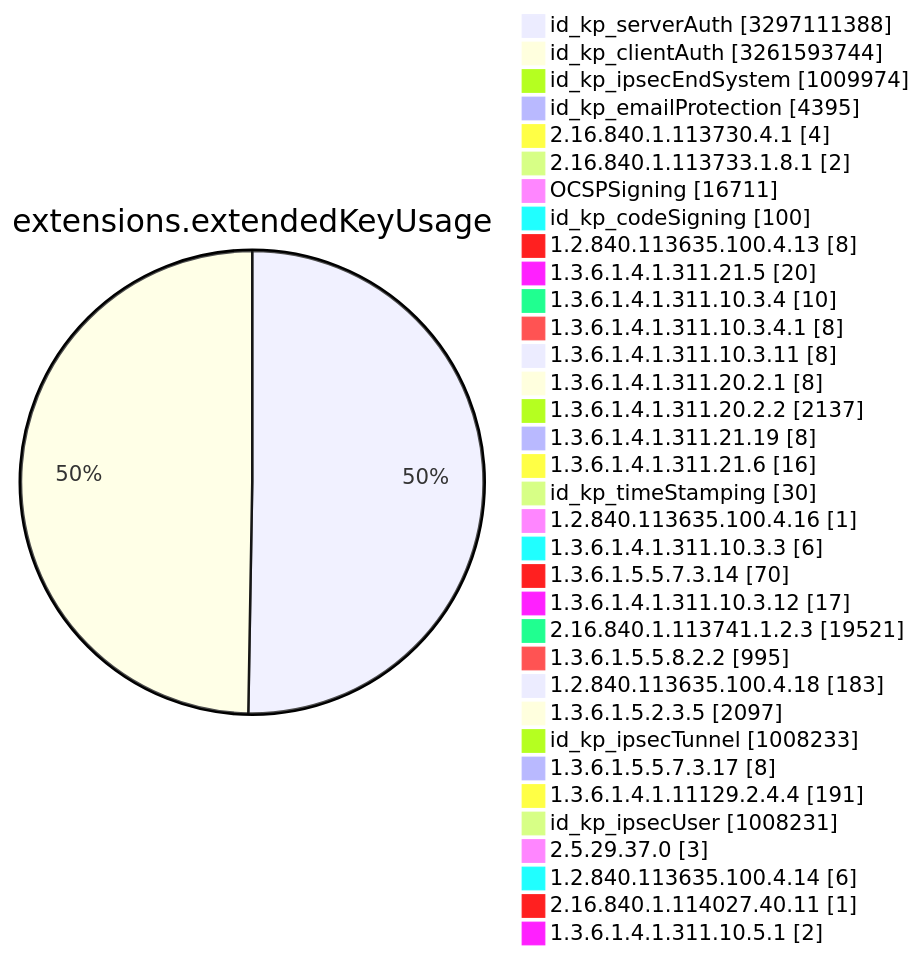
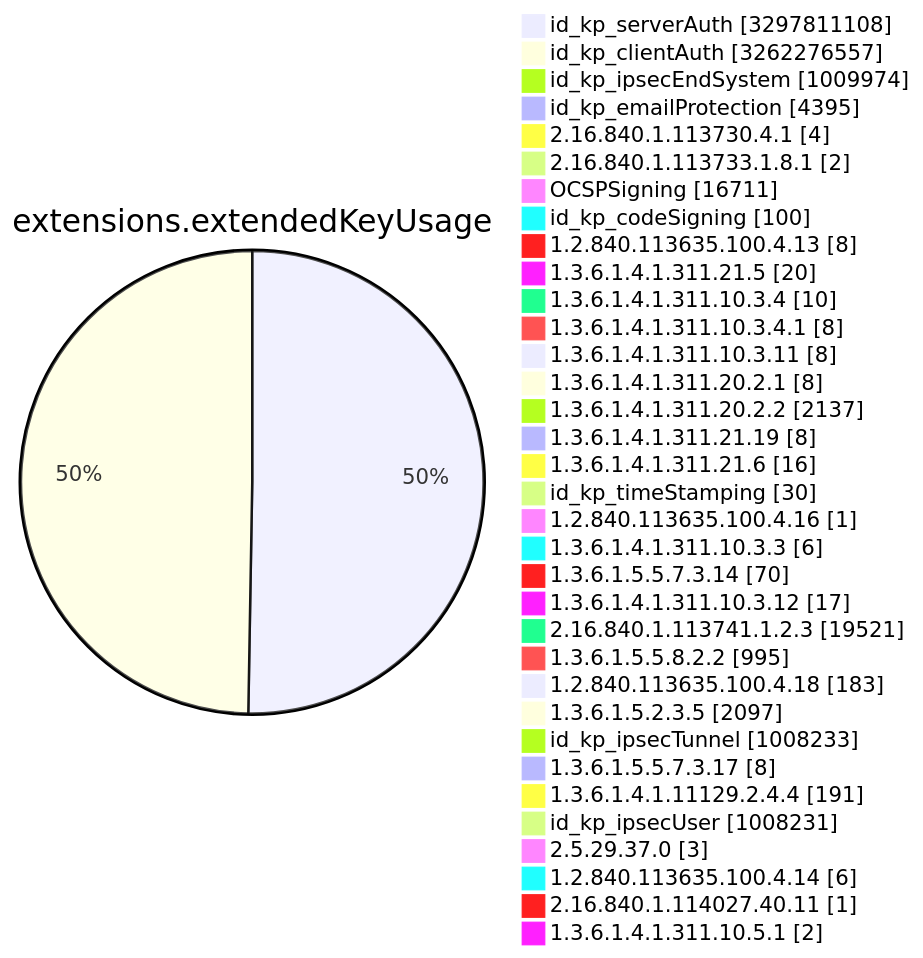
Before and after one commit to christiankrug/ctmonitor_visualization: diagram 11 of 15 in TOTAL/README.md, drawn with Mermaid. The commit also changed other lines of this file, not shown here.

````diff
--- a/TOTAL/README.md
+++ b/TOTAL/README.md
@@ -4120,38 +4120,38 @@
 ```mermaid
 pie showData
 title extensions.extendedKeyUsage
-"id_kp_serverAuth" :3297111388
-"id_kp_clientAuth" :3261593744
+"id_kp_serverAuth" :3297811108
+"id_kp_clientAuth" :3262276557
 "id_kp_ipsecEndSystem" :1009974
 "id_kp_emailProtection" :4395
 "2.16.840.1.113730.4.1" :4
 "2.16.840.1.113733.1.8.1" :2
 "OCSPSigning" :16711
 "id_kp_codeSigning" :100
 "1.2.840.113635.100.4.13" :8
 "1.3.6.1.4.1.311.21.5" :20
 "1.3.6.1.4.1.311.10.3.4" :10
 "1.3.6.1.4.1.311.10.3.4.1" :8
 "1.3.6.1.4.1.311.10.3.11" :8
 "1.3.6.1.4.1.311.20.2.1" :8
 "1.3.6.1.4.1.311.20.2.2" :2137
 "1.3.6.1.4.1.311.21.19" :8
 "1.3.6.1.4.1.311.21.6" :16
 "id_kp_timeStamping" :30
 "1.2.840.113635.100.4.16" :1
 "1.3.6.1.4.1.311.10.3.3" :6
 "1.3.6.1.5.5.7.3.14" :70
 "1.3.6.1.4.1.311.10.3.12" :17
 "2.16.840.1.113741.1.2.3" :19521
 "1.3.6.1.5.5.8.2.2" :995
 "1.2.840.113635.100.4.18" :183
 "1.3.6.1.5.2.3.5" :2097
 "id_kp_ipsecTunnel" :1008233
 "1.3.6.1.5.5.7.3.17" :8
 "1.3.6.1.4.1.11129.2.4.4" :191
 "id_kp_ipsecUser" :1008231
 "2.5.29.37.0" :3
 "1.2.840.113635.100.4.14" :6
 "2.16.840.1.114027.40.11" :1
 "1.3.6.1.4.1.311.10.5.1" :2
 ```
````
